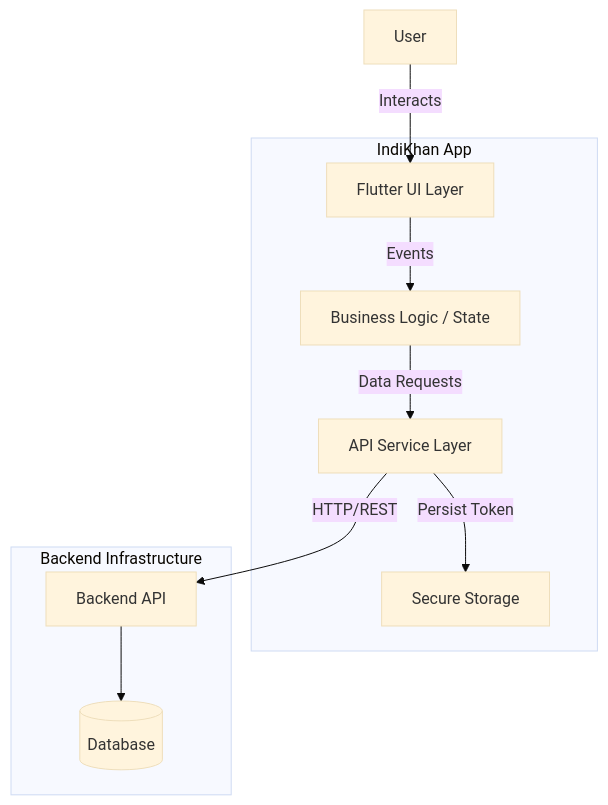
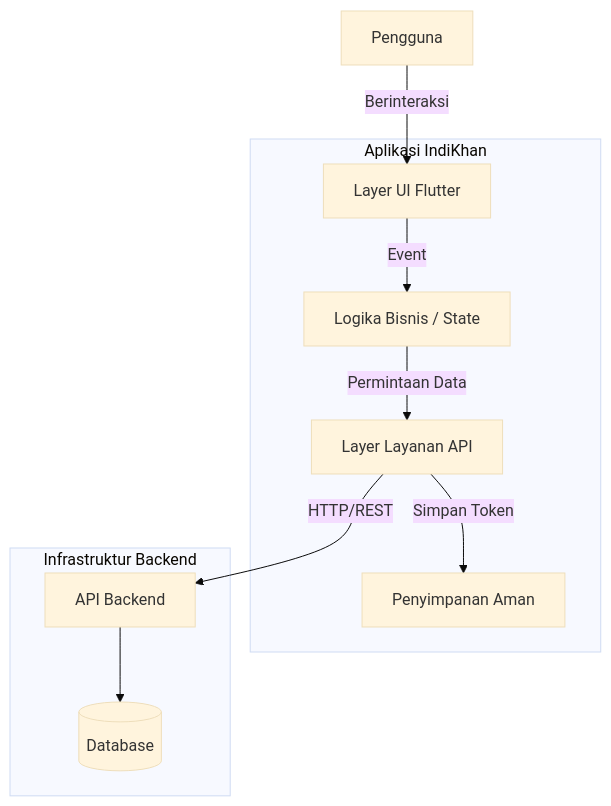
One commit to riskhan3/riskhan changed the first of 3 diagrams in README.md. Above: the diagram before and after it, drawn with Mermaid (base theme). The commit also changed other lines of this file, not shown here.

````diff
--- a/README.md
+++ b/README.md
@@ -29,15 +29,15 @@
 ```mermaid
 graph TD
-    User[User] -->|Interacts| UI[Flutter UI Layer]
+    User[Pengguna] -->|Berinteraksi| UI[Layer UI Flutter]
     
-    subgraph "IndiKhan App"
-        UI -->|Events| Logic[Business Logic / State]
-        Logic -->|Data Requests| Service[API Service Layer]
-        Service -->|Persist Token| Storage[Secure Storage]
+    subgraph "Aplikasi IndiKhan"
+        UI -->|Event| Logic[Logika Bisnis / State]
+        Logic -->|Permintaan Data| Service[Layer Layanan API]
+        Service -->|Simpan Token| Storage[Penyimpanan Aman]
     end
     
-    subgraph "Backend Infrastructure"
-        Service -- HTTP/REST --> API[Backend API]
+    subgraph "Infrastruktur Backend"
+        Service -- HTTP/REST --> API[API Backend]
         API --> DB[(Database)]
     end
 ```
````
